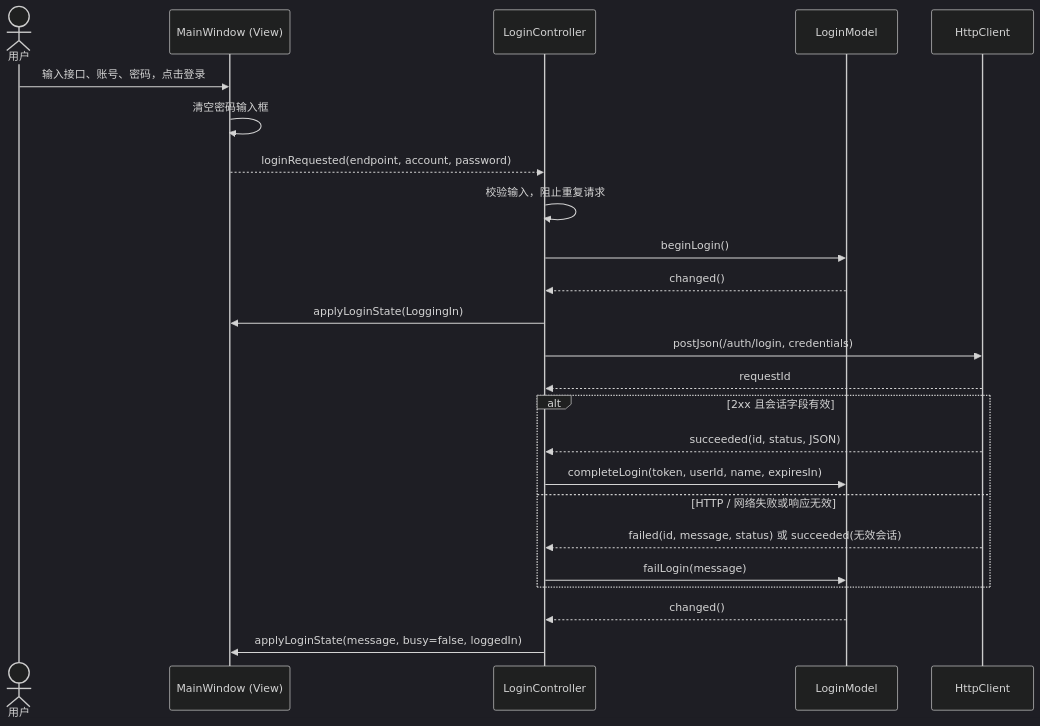
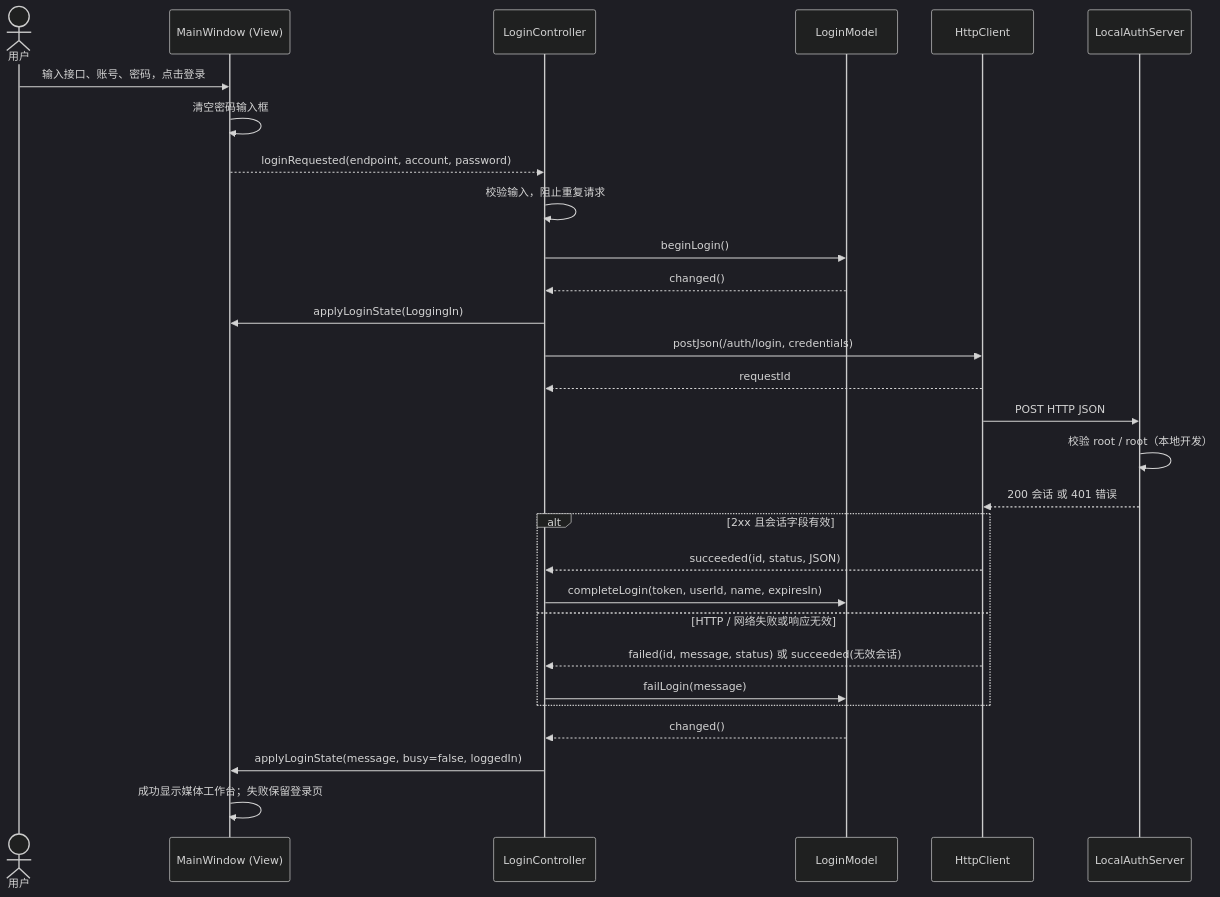
Before and after one commit to kingsman-svg/OBS: the diagram in docs/uml/sequences/login.mmd, drawn with Mermaid (dark theme). The commit also changed 29 other files, not shown here.

Commit message:
Add local HTTP root login and media home page

```diff
--- a/docs/uml/sequences/login.mmd
+++ b/docs/uml/sequences/login.mmd
@@ -1,24 +1,29 @@
 sequenceDiagram
 actor U as 用户
 participant V as MainWindow (View)
 participant C as LoginController
 participant M as LoginModel
 participant H as HttpClient
+participant S as LocalAuthServer
 U->>V: 输入接口、账号、密码，点击登录
 V->>V: 清空密码输入框
 V-->>C: loginRequested(endpoint, account, password)
 C->>C: 校验输入，阻止重复请求
 C->>M: beginLogin()
 M-->>C: changed()
 C->>V: applyLoginState(LoggingIn)
 C->>H: postJson(/auth/login, credentials)
 H-->>C: requestId
+H->>S: POST HTTP JSON
+S->>S: 校验 root / root（本地开发）
+S-->>H: 200 会话 或 401 错误
 alt 2xx 且会话字段有效
 H-->>C: succeeded(id, status, JSON)
 C->>M: completeLogin(token, userId, name, expiresIn)
 else HTTP / 网络失败或响应无效
 H-->>C: failed(id, message, status) 或 succeeded(无效会话)
 C->>M: failLogin(message)
 end
 M-->>C: changed()
 C->>V: applyLoginState(message, busy=false, loggedIn)
+V->>V: 成功显示媒体工作台；失败保留登录页
```
